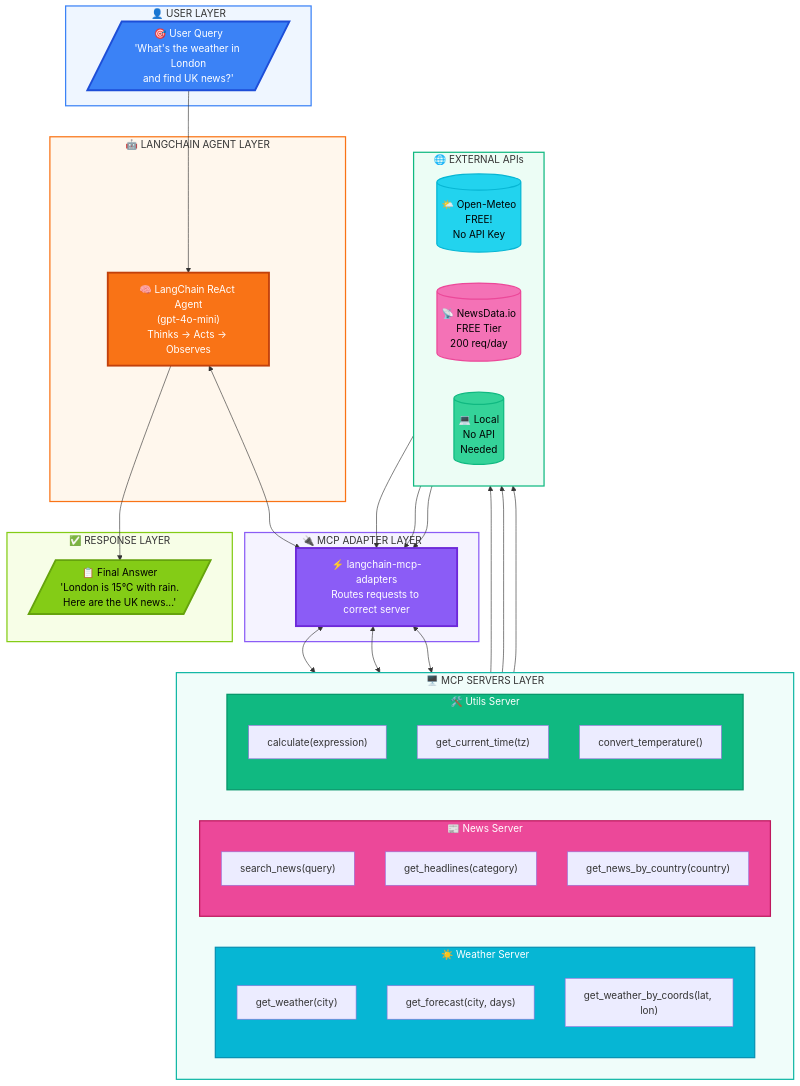
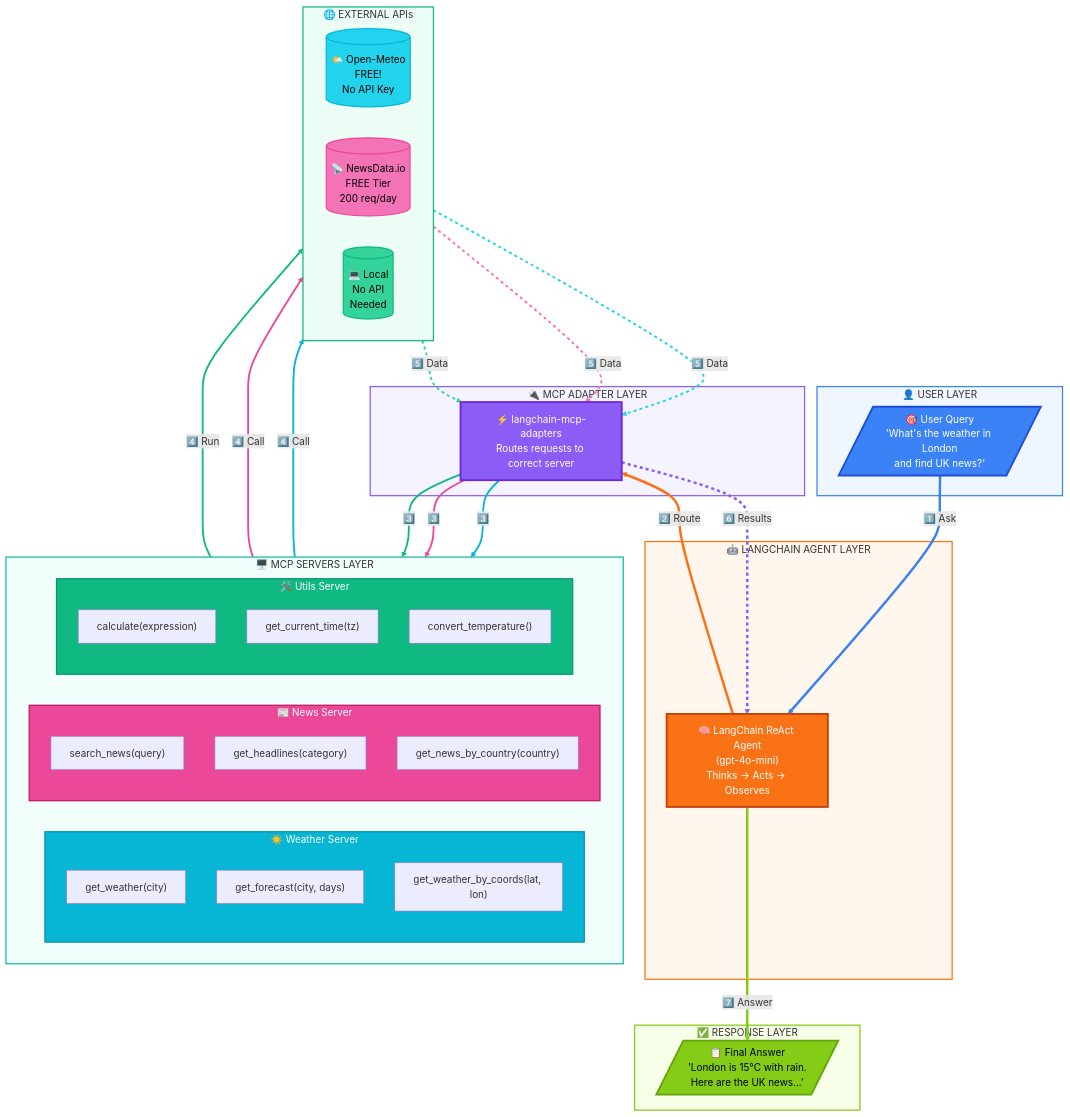
Before and after one commit to premkumarkora/LangChain: the diagram in langChain_MCP/README.md, drawn with Mermaid.

````diff
--- a/langChain_MCP/README.md
+++ b/langChain_MCP/README.md
@@ -334,18 +334,19 @@
         R[/"📋 Final Answer<br/>'London is 15°C with rain.<br/>Here are the UK news...'"/]
     end
 
-    Q --> LLM
-    LLM <--> MCP
-    MCP <--> WS
-    MCP <--> NS
-    MCP <--> US
-    WS --> API1
-    NS --> API2
-    US --> API3
-    API1 --> MCP
-    API2 --> MCP
-    API3 --> MCP
-    LLM --> R
+    Q ==>|"1️⃣ Ask"| LLM
+    LLM ==>|"2️⃣ Route"| MCP
+    MCP ==>|"3️⃣"| WS
+    MCP ==>|"3️⃣"| NS
+    MCP ==>|"3️⃣"| US
+    WS ==>|"4️⃣ Call"| API1
+    NS ==>|"4️⃣ Call"| API2
+    US ==>|"4️⃣ Run"| API3
+    API1 -.->|"5️⃣ Data"| MCP
+    API2 -.->|"5️⃣ Data"| MCP
+    API3 -.->|"5️⃣ Data"| MCP
+    MCP -.->|"6️⃣ Results"| LLM
+    LLM ==>|"7️⃣ Answer"| R
 
     style Q fill:#3B82F6,color:#fff,stroke:#1D4ED8,stroke-width:3px
     style LLM fill:#F97316,color:#fff,stroke:#C2410C,stroke-width:3px
@@ -363,4 +364,18 @@
     style SERVERS fill:#F0FDFA,stroke:#14B8A6,stroke-width:2px
     style APIS fill:#ECFDF5,stroke:#10B981,stroke-width:2px
     style RESPONSE fill:#F7FEE7,stroke:#84CC16,stroke-width:2px
+
+    linkStyle 0 stroke:#3B82F6,stroke-width:4px
+    linkStyle 1 stroke:#F97316,stroke-width:4px
+    linkStyle 2 stroke:#06B6D4,stroke-width:3px
+    linkStyle 3 stroke:#EC4899,stroke-width:3px
+    linkStyle 4 stroke:#10B981,stroke-width:3px
+    linkStyle 5 stroke:#06B6D4,stroke-width:3px
+    linkStyle 6 stroke:#EC4899,stroke-width:3px
+    linkStyle 7 stroke:#10B981,stroke-width:3px
+    linkStyle 8 stroke:#22D3EE,stroke-width:3px,stroke-dasharray:5
+    linkStyle 9 stroke:#F472B6,stroke-width:3px,stroke-dasharray:5
+    linkStyle 10 stroke:#34D399,stroke-width:3px,stroke-dasharray:5
+    linkStyle 11 stroke:#8B5CF6,stroke-width:4px,stroke-dasharray:5
+    linkStyle 12 stroke:#84CC16,stroke-width:4px
 ```
````
